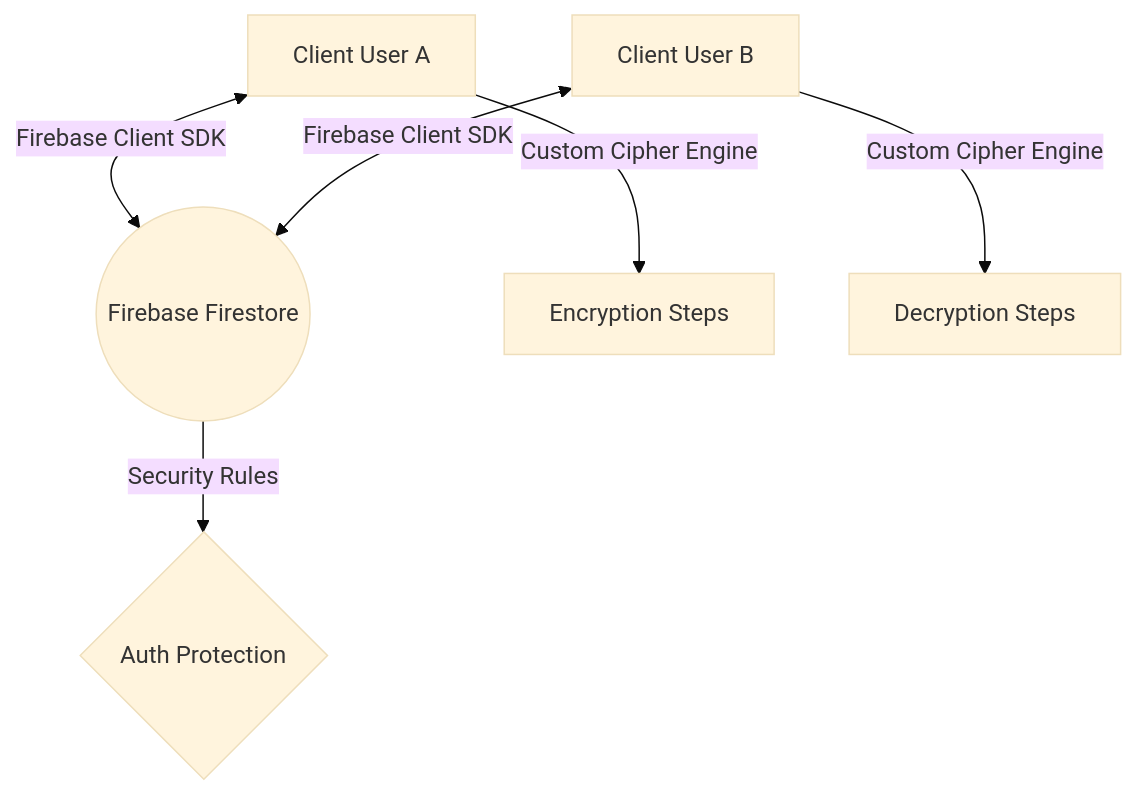
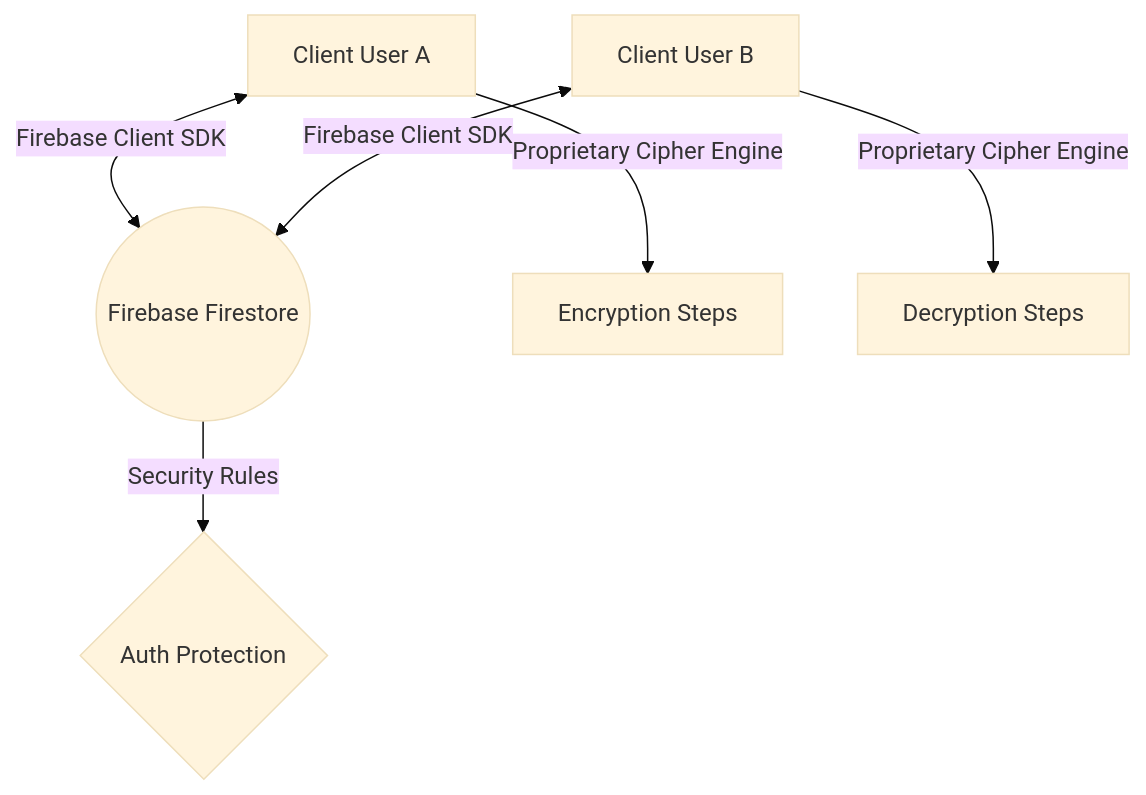
Before and after one commit to Ram0507-Reddy/SeCom: the diagram in secom_documentation.md, drawn with Mermaid (base theme). The commit also changed other lines of this file and 1 other file, not shown here.

Commit message:
Update docs: keep encryption algorithms and pipeline specifications confidential

````diff
--- a/secom_documentation.md
+++ b/secom_documentation.md
@@ -25,8 +25,8 @@
 ```mermaid
 graph TD
     A[Client User A] <-->|Firebase Client SDK| B((Firebase Firestore))
     C[Client User B] <-->|Firebase Client SDK| B
-    A -->|Custom Cipher Engine| D[Encryption Steps]
-    C -->|Custom Cipher Engine| E[Decryption Steps]
+    A -->|Proprietary Cipher Engine| D[Encryption Steps]
+    C -->|Proprietary Cipher Engine| E[Decryption Steps]
     B -->|Security Rules| F{Auth Protection}
 ```
````
